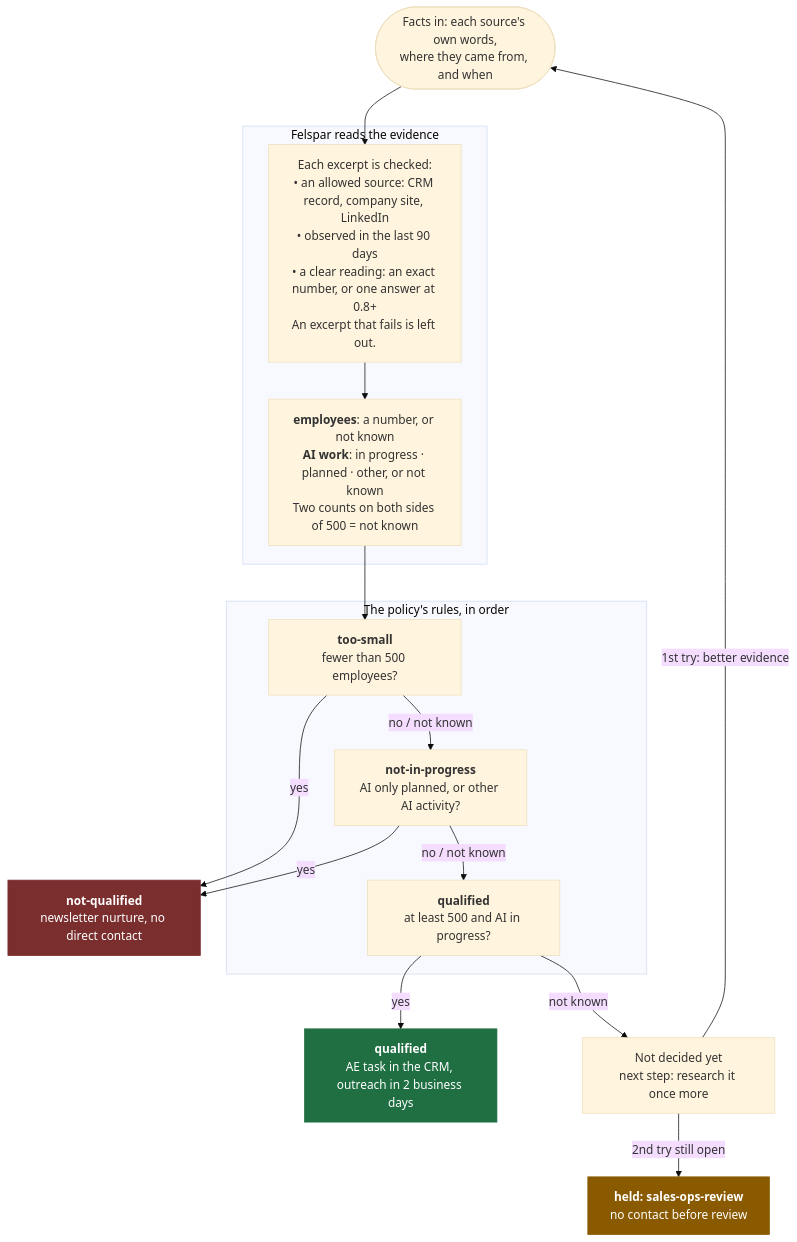
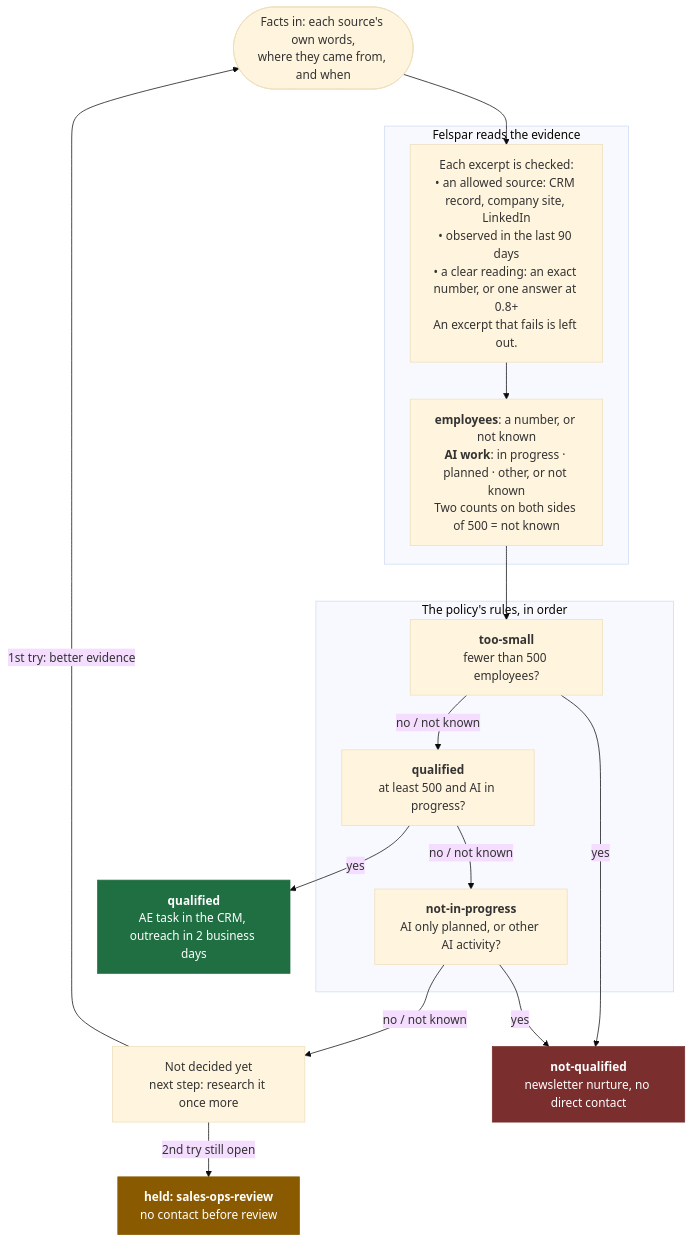
Before and after one commit to orchidautomation/felspar-examples: the second of 2 diagrams in crm-and-agent/README.md, drawn with Mermaid (base theme).

Commit message:
crm-and-agent README: rules in the release's order (too-small, qualified, not-in-progress)

````diff
--- a/crm-and-agent/README.md
+++ b/crm-and-agent/README.md
@@ -60,34 +60,34 @@
 ```mermaid
 flowchart TD
   facts(["Facts in: each source's own words,<br/>where they came from, and when"])
   subgraph read["Felspar reads the evidence"]
     checks["Each excerpt is checked:<br/>• an allowed source: CRM record, company site, LinkedIn<br/>• observed in the last 90 days<br/>• a clear reading: an exact number, or one answer at 0.8+<br/>An excerpt that fails is left out."]
     known["<b>employees</b>: a number, or not known<br/><b>AI work</b>: in progress · planned · other, or not known<br/>Two counts on both sides of 500 = not known"]
     checks --> known
   end
   subgraph rules["The policy's rules, in order"]
     r1["<b>too-small</b><br/>fewer than 500 employees?"]
-    r2["<b>not-in-progress</b><br/>AI only planned, or other AI activity?"]
-    r3["<b>qualified</b><br/>at least 500 and AI in progress?"]
+    r2["<b>qualified</b><br/>at least 500 and AI in progress?"]
+    r3["<b>not-in-progress</b><br/>AI only planned, or other AI activity?"]
   end
   retry["Not decided yet<br/>next step: research it once more"]
   no["<b>not-qualified</b><br/>newsletter nurture, no direct contact"]
   yes["<b>qualified</b><br/>AE task in the CRM, outreach in 2 business days"]
   held["<b>held: sales-ops-review</b><br/>no contact before review"]
   facts --> checks
   known --> r1
   r1 -- "yes" --> no
   r1 -- "no / not known" --> r2
-  r2 -- "yes" --> no
+  r2 -- "yes" --> yes
   r2 -- "no / not known" --> r3
-  r3 -- "yes" --> yes
-  r3 -- "not known" --> retry
+  r3 -- "yes" --> no
+  r3 -- "no / not known" --> retry
   retry -- "1st try: better evidence" --> facts
   retry -- "2nd try still open" --> held
   classDef q fill:#1f6f43,stroke:#1f6f43,color:#fff
   classDef n fill:#7a2e2e,stroke:#7a2e2e,color:#fff
   classDef h fill:#8a5a00,stroke:#8a5a00,color:#fff
   class yes q
   class no n
   class held h
 ```
````
